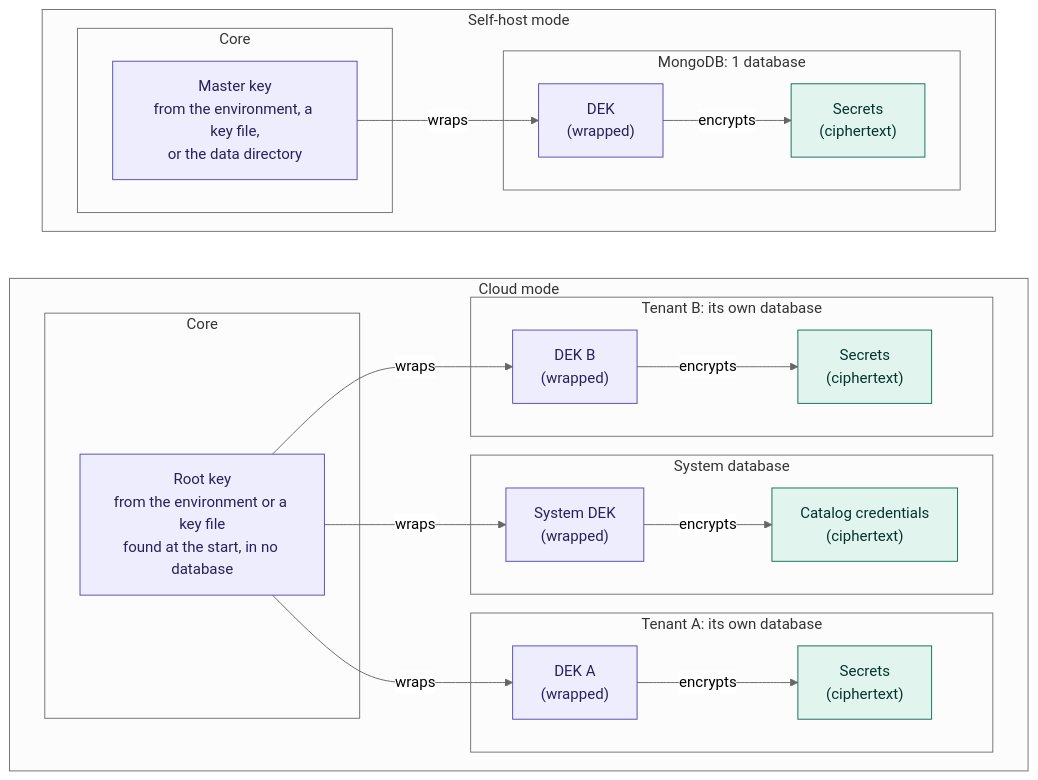
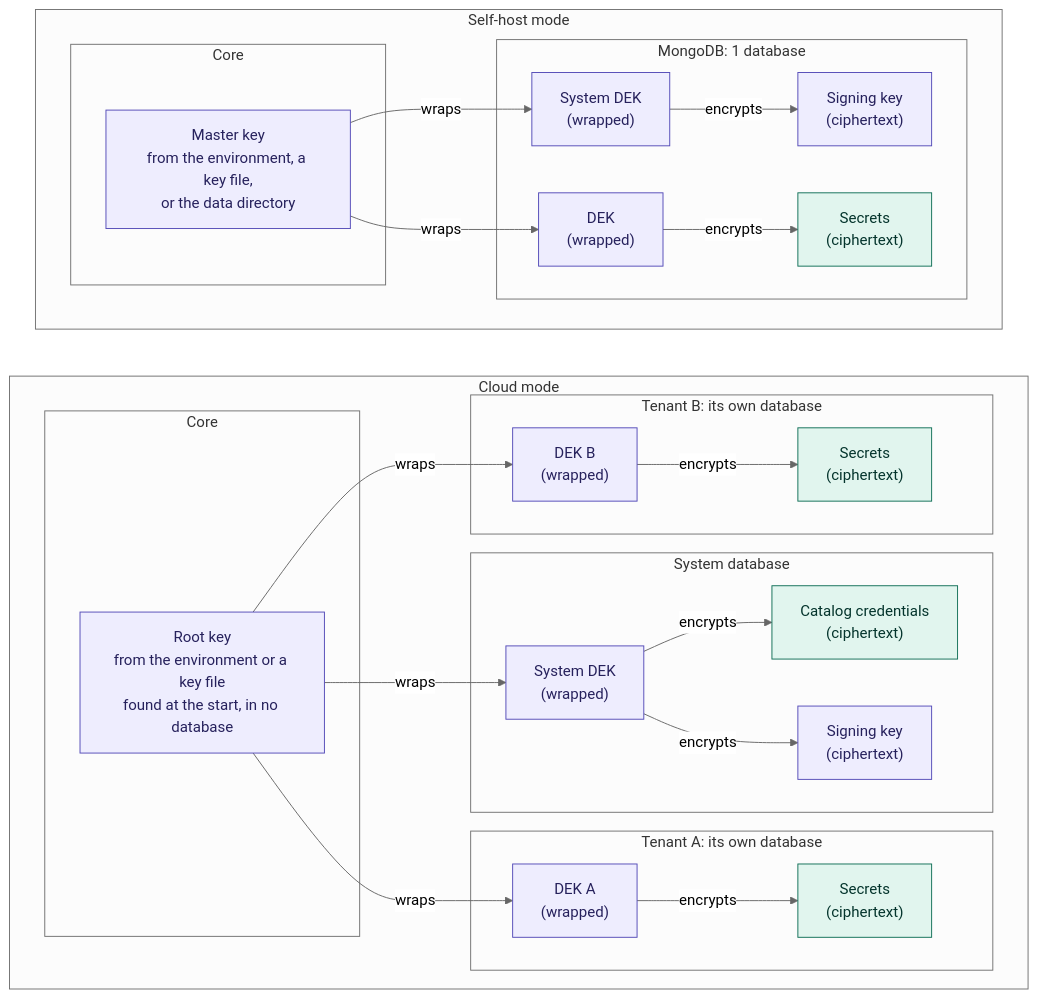
The second of 2 diagrams in src/backend/docs/architecture.md (opencelium/opencelium), drawn with Mermaid (neutral theme) before and after one commit. The commit also changed other lines of this file and 4 other files, not shown here.

Commit message:
docs: record the authentication decisions in the architecture document

````diff
--- a/src/backend/docs/architecture.md
+++ b/src/backend/docs/architecture.md
@@ -304,45 +305,51 @@
 ```mermaid
 flowchart LR
     subgraph CLOUD["Cloud mode"]
         direction LR
         subgraph CORE["Core"]
             RK["Root key<br/>from the environment or a key file<br/>found at the start, in no database"]
         end
         subgraph SYS["System database"]
             DEKS["System DEK<br/>(wrapped)"]
             SECS["Catalog credentials<br/>(ciphertext)"]
+            SIGS["Signing key<br/>(ciphertext)"]
         end
         subgraph TA["Tenant A: its own database"]
             DEKA["DEK A<br/>(wrapped)"]
             SECA["Secrets<br/>(ciphertext)"]
         end
         subgraph TB["Tenant B: its own database"]
             DEKB["DEK B<br/>(wrapped)"]
             SECB["Secrets<br/>(ciphertext)"]
         end
         RK -- wraps --> DEKS
         RK -- wraps --> DEKA
         RK -- wraps --> DEKB
         DEKS -- encrypts --> SECS
+        DEKS -- encrypts --> SIGS
         DEKA -- encrypts --> SECA
         DEKB -- encrypts --> SECB
     end
 
     subgraph SELF["Self-host mode"]
         direction LR
         subgraph CORE2["Core"]
             MK["Master key<br/>from the environment, a key file,<br/>or the data directory"]
         end
         subgraph DB["MongoDB: 1 database"]
+            DEKS1["System DEK<br/>(wrapped)"]
+            SIG1["Signing key<br/>(ciphertext)"]
             DEK1["DEK<br/>(wrapped)"]
             SEC1["Secrets<br/>(ciphertext)"]
         end
+        MK -- wraps --> DEKS1
         MK -- wraps --> DEK1
+        DEKS1 -- encrypts --> SIG1
         DEK1 -- encrypts --> SEC1
     end
 
     classDef keymat fill:#EEEDFE,stroke:#534AB7,color:#26215C
     classDef secret fill:#E1F5EE,stroke:#0F6E56,color:#04342C
-    class RK,MK,DEKS,DEKA,DEKB,DEK1 keymat
+    class RK,MK,DEKS,DEKA,DEKB,DEK1,DEKS1,SIGS,SIG1 keymat
     class SECS,SECA,SECB,SEC1 secret
 ```
````
